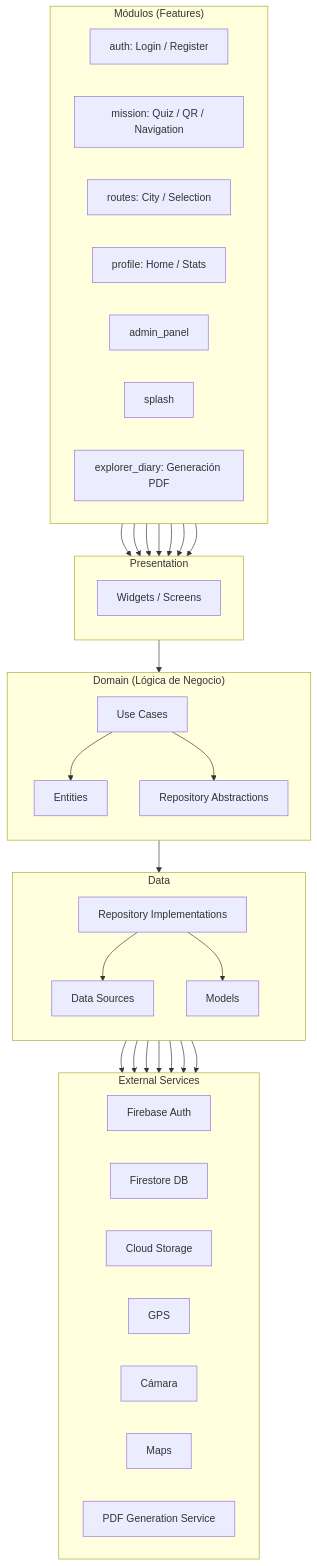
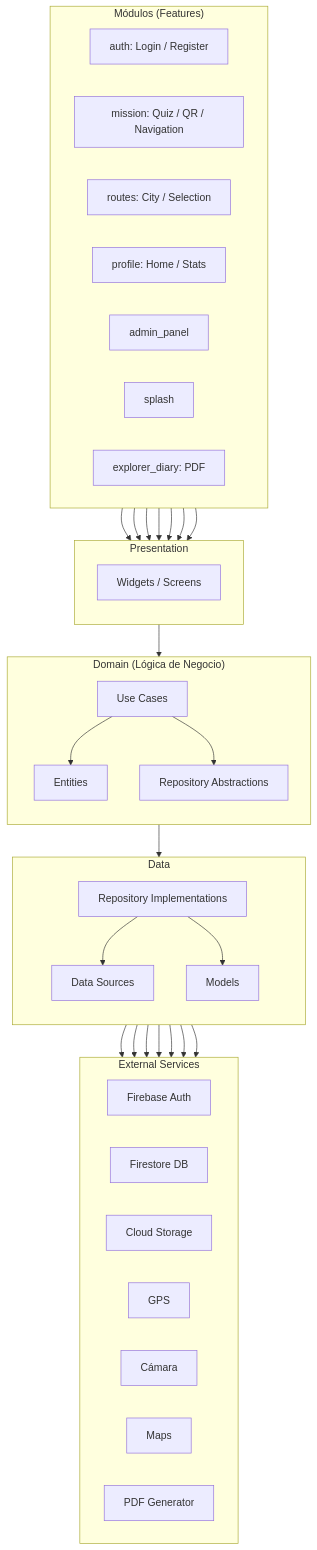
One commit to TurisTechTeam-Dev/rutexgo-assets changed the first of 4 diagrams in diagrama.md. Above: the diagram before and after it, drawn with Mermaid.

````diff
--- a/diagrama.md
+++ b/diagrama.md
@@ -1,71 +1,71 @@
 ```mermaid
 flowchart TD
     %% Módulos principales (Features)
     subgraph Features["Módulos (Features)"]
         direction LR
         F1[auth: Login / Register]
         F2[mission: Quiz / QR / Navigation]
         F3[routes: City / Selection]
         F4[profile: Home / Stats]
         F5[admin_panel]
         F6[splash]
-        F7[explorer_diary: Generación PDF]
+        F7[explorer_diary: PDF]
     end
 
     %% Capas de Clean Architecture
     subgraph Presentation["Presentation"]
         direction TB
         P1[Widgets / Screens]
     end
 
     subgraph Domain["Domain (Lógica de Negocio)"]
         direction TB
         D1[Use Cases]
         D2[Entities]
         D3[Repository Abstractions]
     end
 
     subgraph Data["Data"]
         direction TB
         DA1[Repository Implementations]
         DA2[Data Sources]
         DA3[Models]
     end
 
     %% Servicios externos
     subgraph External["External Services"]
         direction LR
         E1[Firebase Auth]
         E2[Firestore DB]
         E3[Cloud Storage]
         E4[GPS]
         E5[Cámara]
         E6[Maps]
-        E7[PDF Generation Service]
+        E7[PDF Generator]
     end
 
     %% Relaciones entre módulos y capas
     F1 --> P1
     F2 --> P1
     F3 --> P1
     F4 --> P1
     F5 --> P1
     F6 --> P1
     F7 --> P1
 
     P1 --> D1
     D1 --> D2
     D1 --> D3
     D3 --> DA1
     DA1 --> DA2
     DA1 --> DA3
 
     %% Relación de Data con servicios externos
     DA2 --> E1
     DA2 --> E2
     DA2 --> E3
     DA2 --> E4
     DA2 --> E5
     DA2 --> E6
     DA2 --> E7
 ```
````
